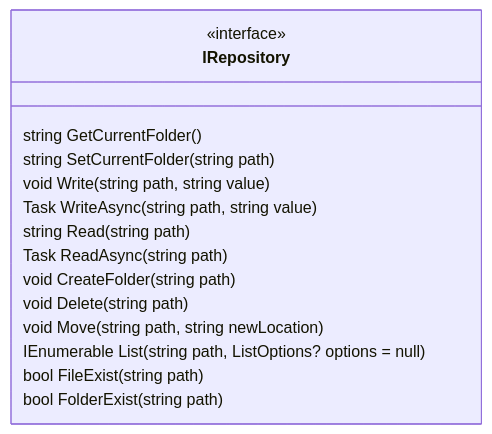
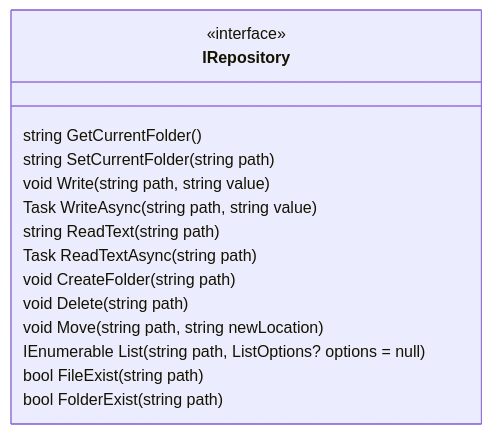
Before and after one commit to alex-netkachov/pwd: the third of 3 diagrams in pwd.core/docs/types.md, drawn with Mermaid. The commit also changed other lines of this file and 49 other files, not shown here.

````diff
--- a/pwd.core/docs/types.md
+++ b/pwd.core/docs/types.md
@@ -46,19 +46,19 @@
 ```mermaid
 classDiagram
 
 class IRepository {
     <<interface>>
     string GetCurrentFolder()
     string SetCurrentFolder(string path)
     void Write(string path, string value)
     Task WriteAsync(string path, string value)
-    string Read(string path)
-    Task<string> ReadAsync(string path)
+    string ReadText(string path)
+    Task<string> ReadTextAsync(string path)
     void CreateFolder(string path)
     void Delete(string path)
     void Move(string path, string newLocation)
     IEnumerable<Location> List(string path, ListOptions? options = null)
     bool FileExist(string path)
     bool FolderExist(string path)
 }
 ```
````
